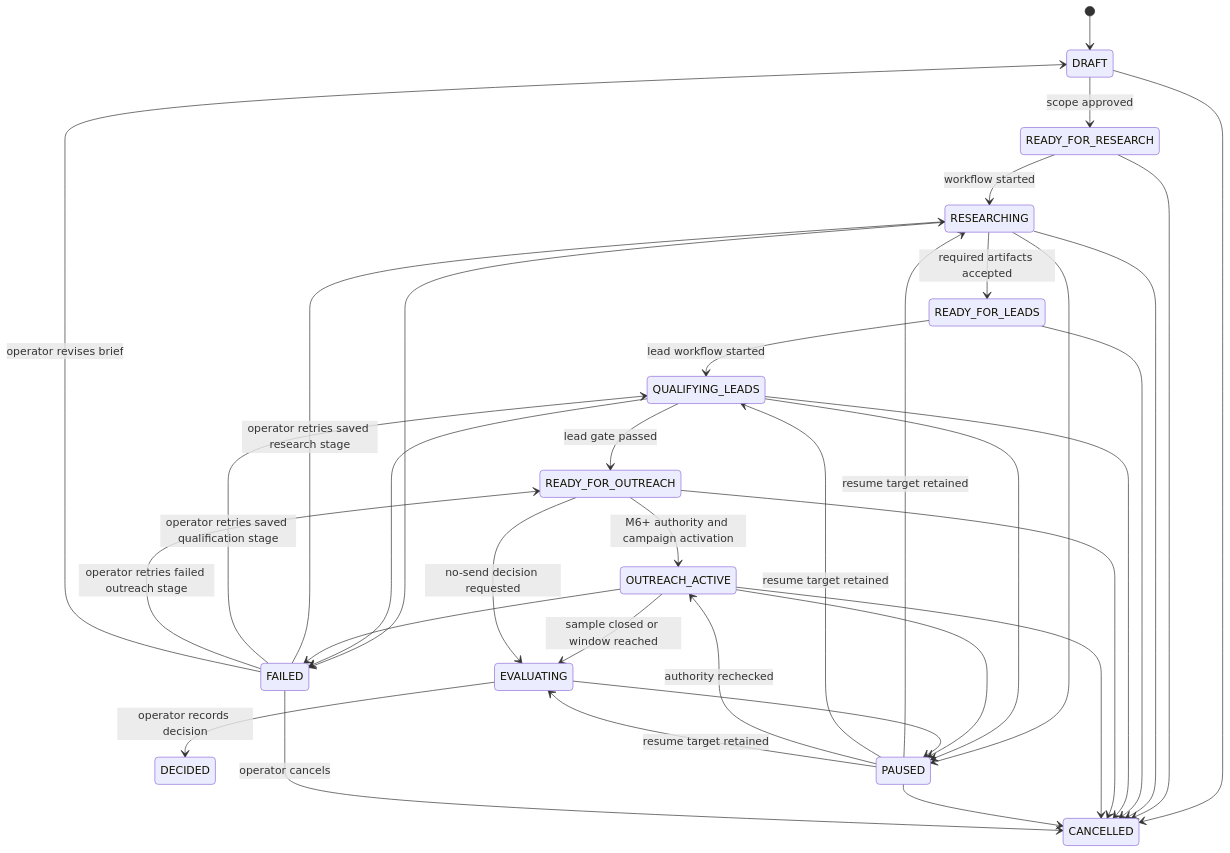
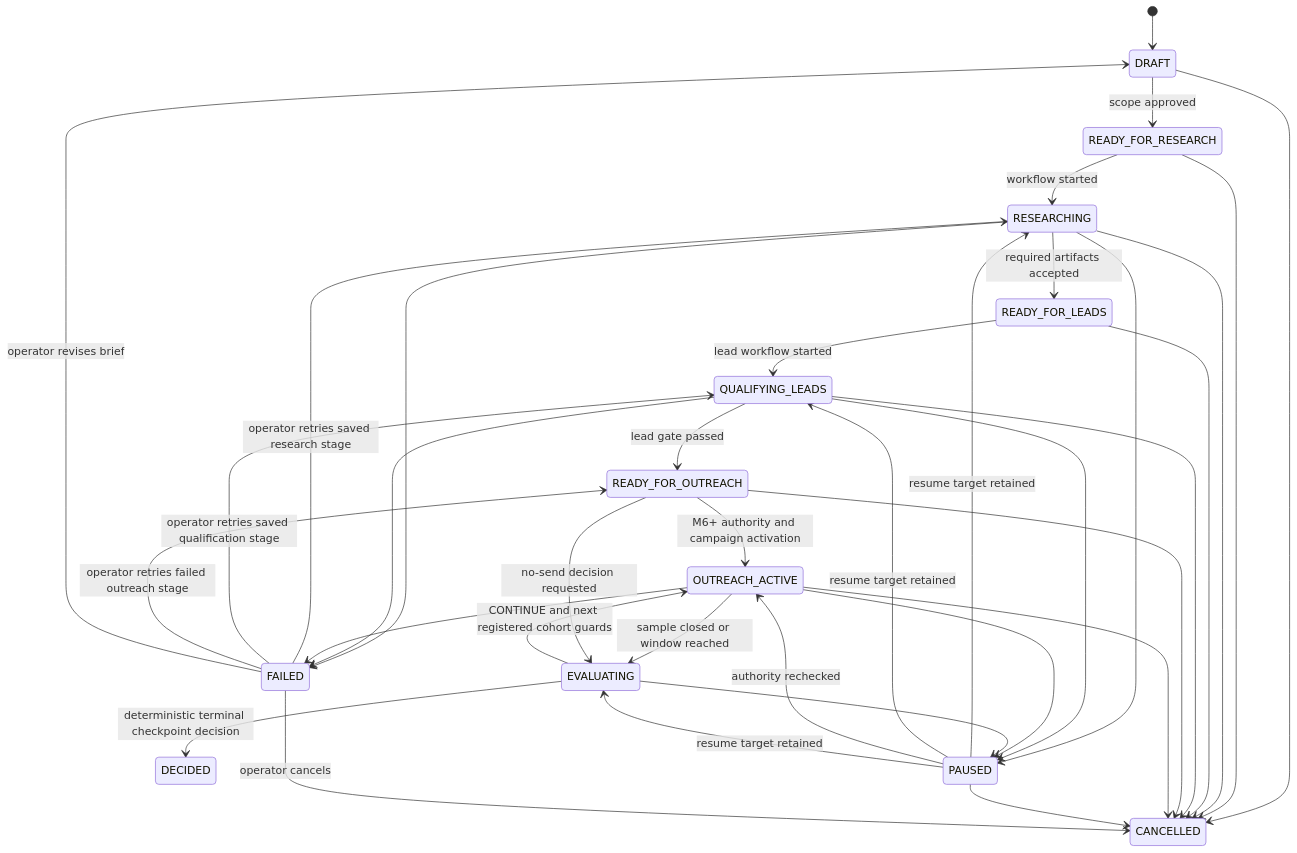
One commit to alonbenpro/alon-ai changed the diagram in docs/development-roadmap/01-architecture/03-domain-events-and-state-machines.md. Above: the diagram before and after it, drawn with Mermaid. The commit also changed other lines of this file and 11 other files, not shown here.

````diff
--- a/docs/development-roadmap/01-architecture/03-domain-events-and-state-machines.md
+++ b/docs/development-roadmap/01-architecture/03-domain-events-and-state-machines.md
@@ -53,37 +54,38 @@
 ```mermaid
 stateDiagram-v2
     [*] --> DRAFT
     DRAFT --> READY_FOR_RESEARCH: scope approved
     READY_FOR_RESEARCH --> RESEARCHING: workflow started
     RESEARCHING --> READY_FOR_LEADS: required artifacts accepted
     READY_FOR_LEADS --> QUALIFYING_LEADS: lead workflow started
     QUALIFYING_LEADS --> READY_FOR_OUTREACH: lead gate passed
     READY_FOR_OUTREACH --> OUTREACH_ACTIVE: M6+ authority and campaign activation
     OUTREACH_ACTIVE --> EVALUATING: sample closed or window reached
     READY_FOR_OUTREACH --> EVALUATING: no-send decision requested
-    EVALUATING --> DECIDED: operator records decision
+    EVALUATING --> OUTREACH_ACTIVE: CONTINUE and next registered cohort guards
+    EVALUATING --> DECIDED: deterministic terminal checkpoint decision
     DRAFT --> CANCELLED
     READY_FOR_RESEARCH --> CANCELLED
     RESEARCHING --> CANCELLED
     READY_FOR_LEADS --> CANCELLED
     QUALIFYING_LEADS --> CANCELLED
     READY_FOR_OUTREACH --> CANCELLED
     OUTREACH_ACTIVE --> CANCELLED
     PAUSED --> CANCELLED
     RESEARCHING --> PAUSED
     QUALIFYING_LEADS --> PAUSED
     OUTREACH_ACTIVE --> PAUSED
     EVALUATING --> PAUSED
     PAUSED --> RESEARCHING: resume target retained
     PAUSED --> QUALIFYING_LEADS: resume target retained
     PAUSED --> OUTREACH_ACTIVE: authority rechecked
     PAUSED --> EVALUATING: resume target retained
     RESEARCHING --> FAILED
     QUALIFYING_LEADS --> FAILED
     OUTREACH_ACTIVE --> FAILED
     FAILED --> RESEARCHING: operator retries saved research stage
     FAILED --> QUALIFYING_LEADS: operator retries saved qualification stage
     FAILED --> READY_FOR_OUTREACH: operator retries failed outreach stage
     FAILED --> DRAFT: operator revises brief
     FAILED --> CANCELLED: operator cancels
 ```
````
